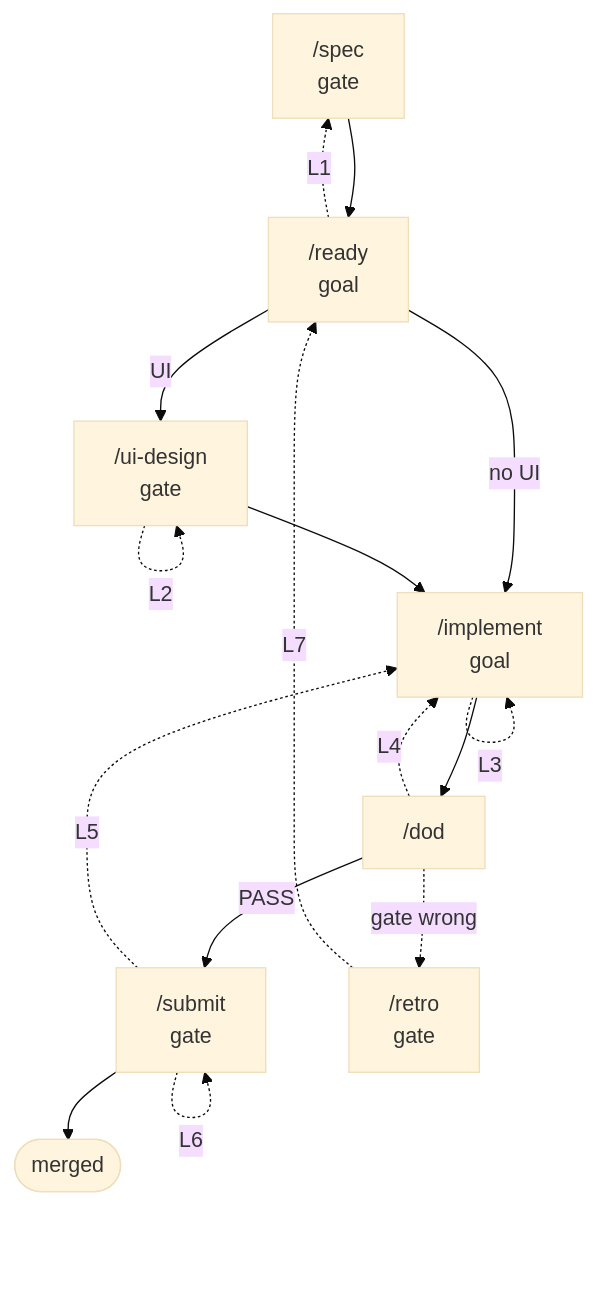
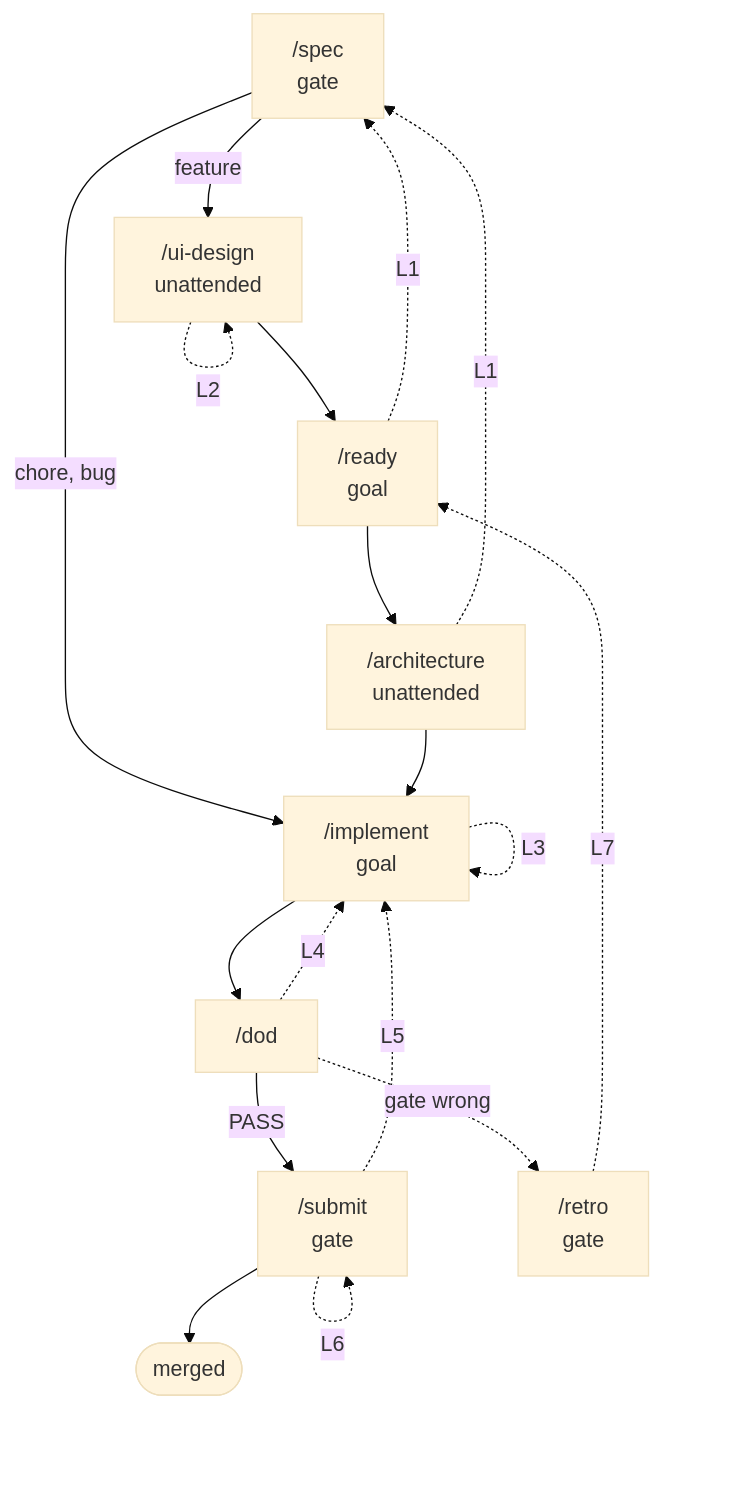
One commit to JoeCotellese/claude-code-config changed the diagram in plugins/dev-jawn/skills/WORKFLOW.md. Above: the diagram before and after it, drawn with Mermaid (base theme). The commit also changed other lines of this file and 15 other files, not shown here.

````diff
--- a/plugins/dev-jawn/skills/WORKFLOW.md
+++ b/plugins/dev-jawn/skills/WORKFLOW.md
@@ -10,28 +10,31 @@
 ```mermaid
 flowchart TD
     spec["/spec<br/>gate"]
     ready["/ready<br/>goal"]
-    design["/ui-design<br/>gate"]
+    design["/ui-design<br/>unattended"]
+    arch["/architecture<br/>unattended"]
     impl["/implement<br/>goal"]
     dod["/dod"]
     submit["/submit<br/>gate"]
     merged(["merged"])
     retro["/retro<br/>gate"]
 
-    spec --> ready
-    ready -->|UI| design
-    ready -->|no UI| impl
-    design --> impl
+    spec -->|feature| design
+    spec -->|chore, bug| impl
+    design --> ready
+    ready --> arch
+    arch --> impl
     impl --> dod
     dod -->|PASS| submit
     submit --> merged
     dod -.->|"gate wrong"| retro
 
     ready -.->|L1| spec
+    arch -.->|L1| spec
     design -.->|L2| design
     impl -.->|L3| impl
     dod -.->|L4| impl
     submit -.->|L5| impl
     submit -.->|L6| submit
     retro -.->|L7| ready
 ```
````
